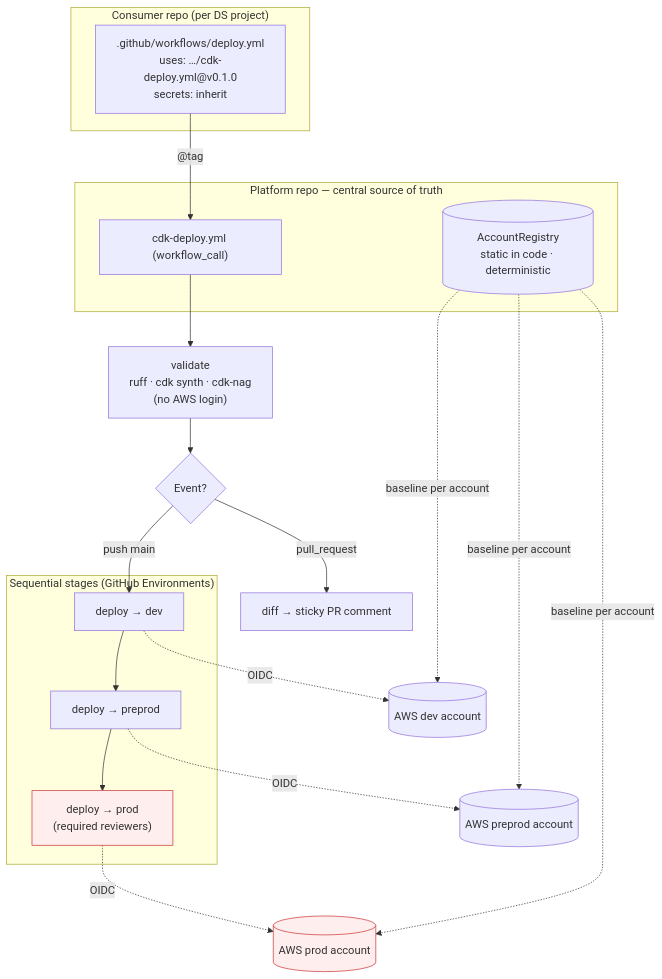
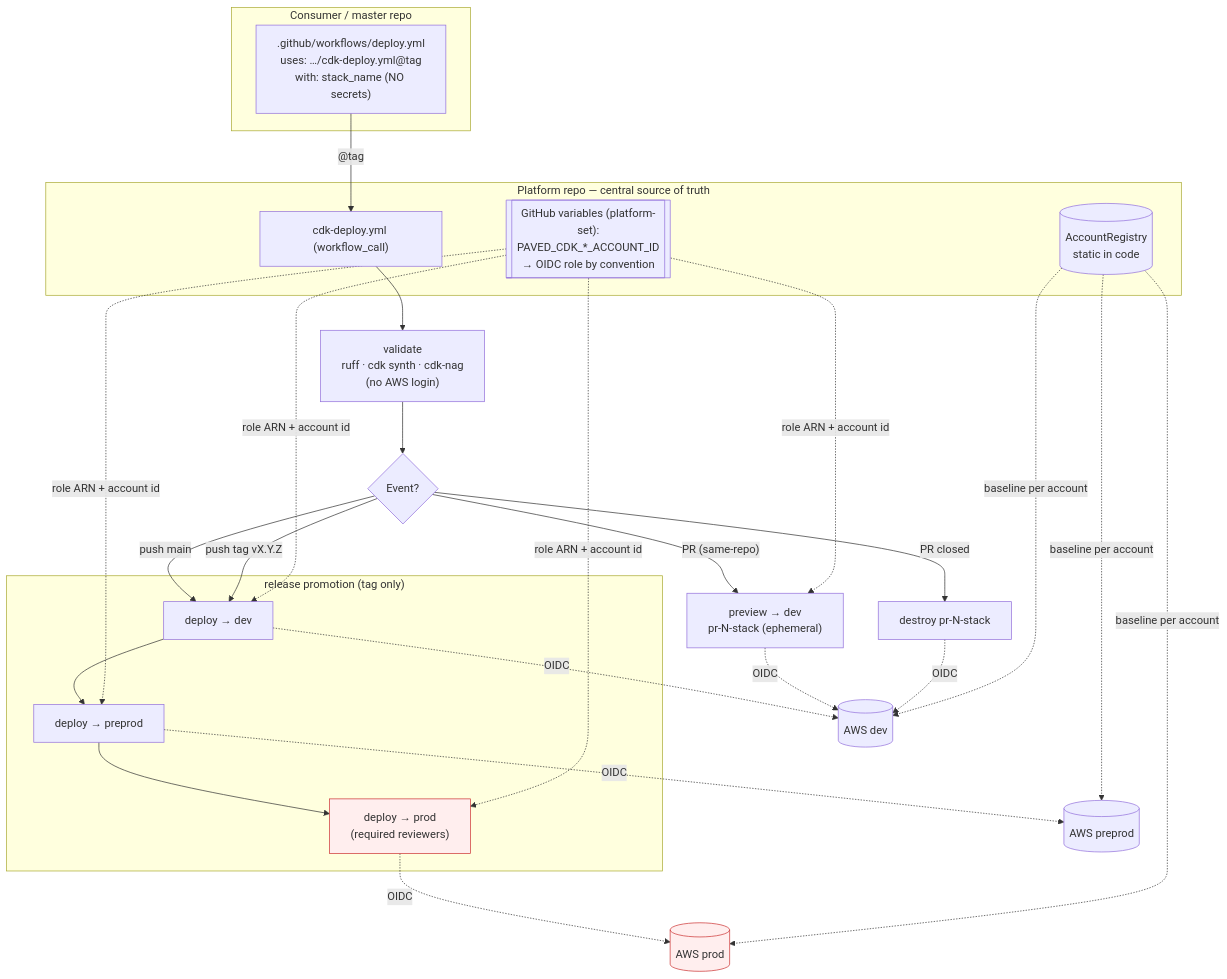
Before and after one commit to michaelfecher/paved-cdk: the sixth of 10 diagrams in docs/architecture.md, drawn with Mermaid. The commit also changed other lines of this file and 9 other files, not shown here.

Commit message:
feat(pipeline): event-driven CI/CD with PR previews, release-gated promotion, platform-owned deploy auth, STACK_PREFIX (ADR 0011)

````diff
--- a/docs/architecture.md
+++ b/docs/architecture.md
@@ -278,31 +279,36 @@
 ```mermaid
 flowchart TB
-  subgraph consumer["Consumer repo (per DS project)"]
-    THIN[".github/workflows/deploy.yml<br/>uses: …/cdk-deploy.yml@v0.1.0<br/>secrets: inherit"]
+  subgraph consumer["Consumer / master repo"]
+    THIN[".github/workflows/deploy.yml<br/>uses: …/cdk-deploy.yml@tag<br/>with: stack_name (NO secrets)"]
   end
 
   subgraph platform["Platform repo — central source of truth"]
     RW["cdk-deploy.yml (workflow_call)"]
-    REG[(AccountRegistry<br/>static in code · deterministic)]
+    REG[(AccountRegistry<br/>static in code)]
+    VARS[["GitHub variables (platform-set):<br/>PAVED_CDK_*_ACCOUNT_ID<br/>→ OIDC role by convention"]]
   end
 
   THIN -->|"@tag"| RW
-
   RW --> V["validate<br/>ruff · cdk synth · cdk-nag<br/>(no AWS login)"]
   V --> D{"Event?"}
-  D -- pull_request --> DIFF["diff → sticky PR comment"]
-  D -- push main --> DEV
 
-  subgraph stages["Sequential stages (GitHub Environments)"]
-    DEV["deploy → dev"] --> TEST["deploy → preprod"] --> PROD["deploy → prod<br/>(required reviewers)"]
+  D -- "PR (same-repo)" --> PV["preview → dev<br/>pr-N-stack (ephemeral)"]
+  D -- "PR closed" --> PD["destroy pr-N-stack"]
+  D -- "push main" --> DEV
+  D -- "push tag vX.Y.Z" --> DEV
+
+  subgraph stages["release promotion (tag only)"]
+    DEV["deploy → dev"] --> PRE["deploy → preprod"] --> PROD["deploy → prod<br/>(required reviewers)"]
   end
 
-  DEV -.OIDC.-> ADEV[(AWS dev account)]
-  TEST -.OIDC.-> ATEST[(AWS preprod account)]
-  PROD -.OIDC.-> APROD[(AWS prod account)]
-
-  REG -.baseline per account.-> ADEV & ATEST & APROD
+  PV -.OIDC.-> ADEV[(AWS dev)]
+  PD -.OIDC.-> ADEV
+  DEV -.OIDC.-> ADEV
+  PRE -.OIDC.-> APRE[(AWS preprod)]
+  PROD -.OIDC.-> APROD[(AWS prod)]
+  VARS -.role ARN + account id.-> DEV & PRE & PROD & PV
+  REG -.baseline per account.-> ADEV & APRE & APROD
 
   classDef prod fill:#fee,stroke:#c33
   class PROD,APROD prod
 ```
````
